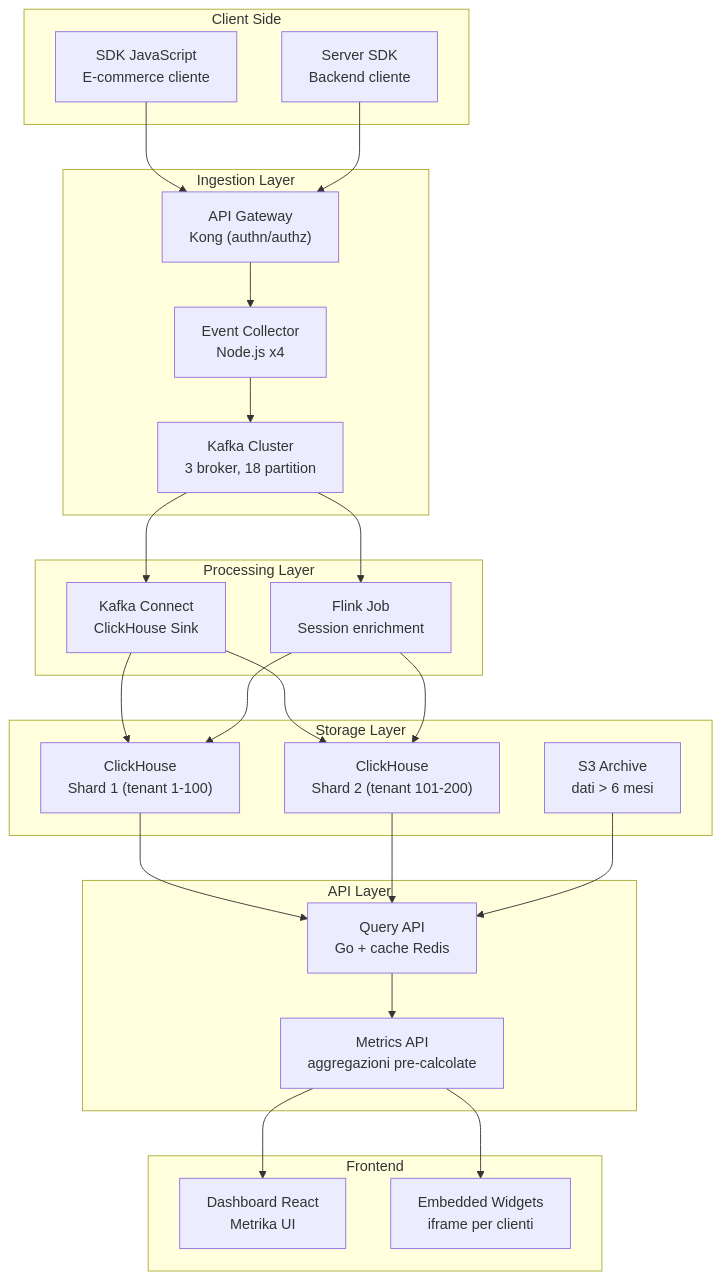
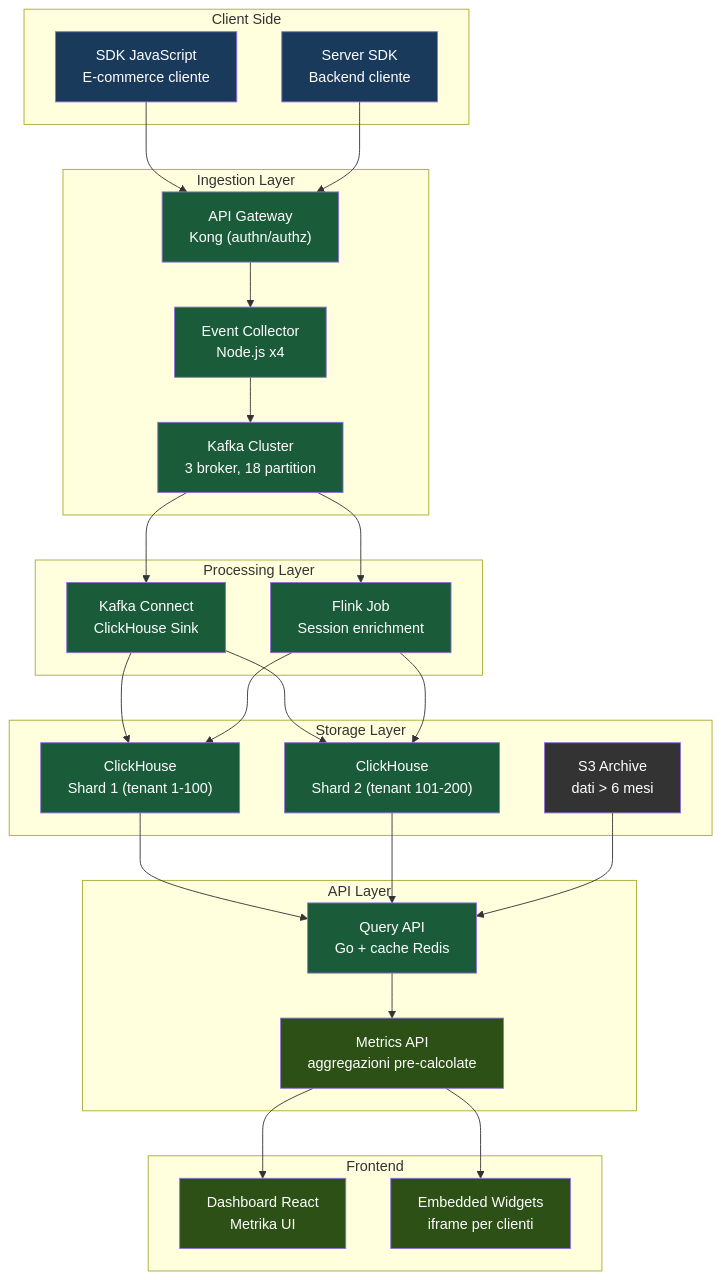
The diagram in src/content/corso/real-time-analytics/caso-studio.mdx (AndreyBertasini/gynnitech), drawn with Mermaid before and after one commit. The commit also changed 21 other files, not shown here.

First line of the commit message:
style: applica color scheme semantico a tutti i diagrammi Mermaid del corso

````diff
--- a/src/content/corso/real-time-analytics/caso-studio.mdx
+++ b/src/content/corso/real-time-analytics/caso-studio.mdx
@@ -74,51 +74,65 @@
 ```mermaid
 graph TB
     subgraph "Client Side"
         A["SDK JavaScript<br>E-commerce cliente"]
         B["Server SDK<br>Backend cliente"]
     end
 
     subgraph "Ingestion Layer"
         C["API Gateway<br>Kong (authn/authz)"]
         D["Event Collector<br>Node.js x4"]
         E["Kafka Cluster<br>3 broker, 18 partition"]
     end
 
     subgraph "Processing Layer"
         F["Kafka Connect<br>ClickHouse Sink"]
         G["Flink Job<br>Session enrichment"]
     end
 
     subgraph "Storage Layer"
         H["ClickHouse<br>Shard 1 (tenant 1-100)"]
         I["ClickHouse<br>Shard 2 (tenant 101-200)"]
         J["S3 Archive<br>dati > 6 mesi"]
     end
 
     subgraph "API Layer"
         K["Query API<br>Go + cache Redis"]
         L["Metrics API<br>aggregazioni pre-calcolate"]
     end
 
     subgraph "Frontend"
         M["Dashboard React<br>Metrika UI"]
         N["Embedded Widgets<br>iframe per clienti"]
     end
 
     A --> C
     B --> C
     C --> D
     D --> E
     E --> F
     E --> G
     F --> H
     F --> I
     G --> H
     G --> I
     H --> K
     I --> K
     J --> K
     K --> L
     L --> M
     L --> N
+    style A fill:#1a3a5c,color:#ffffff
+    style B fill:#1a3a5c,color:#ffffff
+    style C fill:#1a5c3a,color:#ffffff
+    style D fill:#1a5c3a,color:#ffffff
+    style E fill:#1a5c3a,color:#ffffff
+    style F fill:#1a5c3a,color:#ffffff
+    style G fill:#1a5c3a,color:#ffffff
+    style H fill:#1a5c3a,color:#ffffff
+    style I fill:#1a5c3a,color:#ffffff
+    style J fill:#333333,color:#ffffff
+    style K fill:#1a5c3a,color:#ffffff
+    style L fill:#2d5016,color:#ffffff
+    style M fill:#2d5016,color:#ffffff
+    style N fill:#2d5016,color:#ffffff
 ```
````
